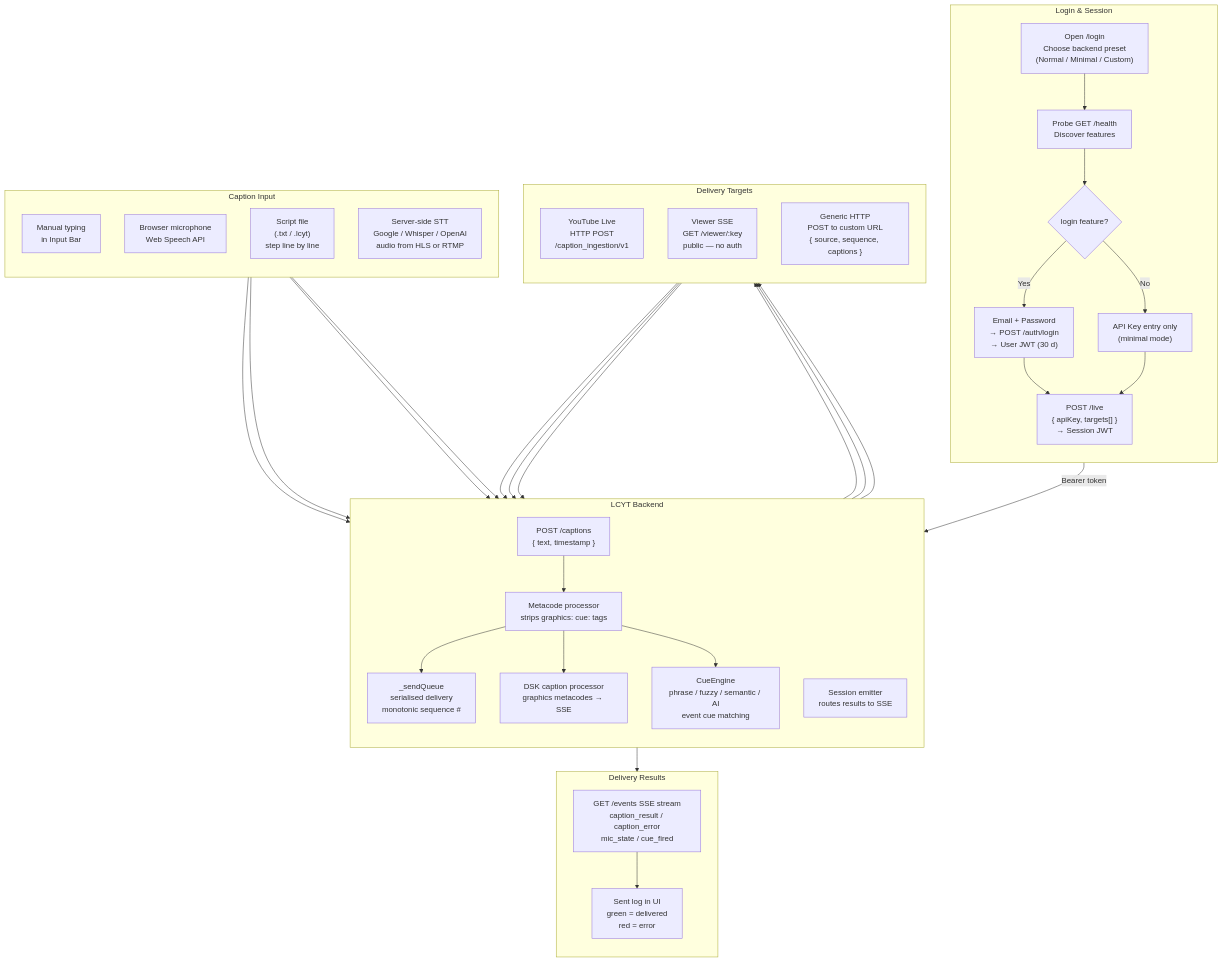
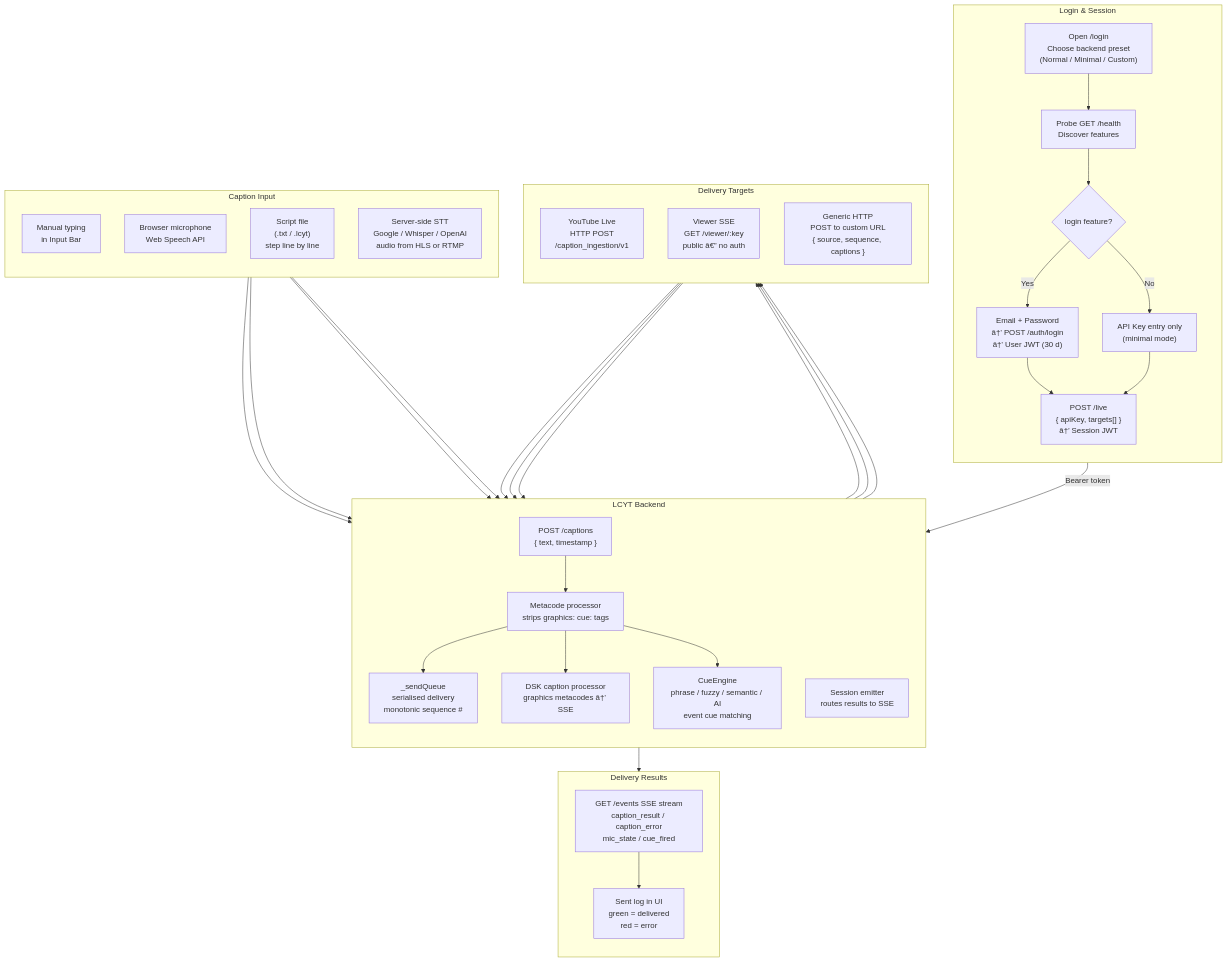
One commit to jsilvanus/live-captions-yt changed the first of 5 diagrams in docs/guide-web/flow.md. Above: the diagram before and after it, drawn with Mermaid. The commit also changed other lines of this file and 171 other files, not shown here.

````diff
--- a/docs/guide-web/flow.md
+++ b/docs/guide-web/flow.md
@@ -14,58 +14,58 @@
 ```mermaid
 flowchart TB
     subgraph Auth["Login & Session"]
         direction TB
         L1["Open /login\nChoose backend preset\n(Normal / Minimal / Custom)"]
         L2["Probe GET /health\nDiscover features"]
         L3{"login feature?"}
-        L4["Email + Password\n→ POST /auth/login\n→ User JWT (30 d)"]
+        L4["Email + Password\nâ†’ POST /auth/login\nâ†’ User JWT (30 d)"]
         L5["API Key entry only\n(minimal mode)"]
-        L6["POST /live\n{ apiKey, targets[] }\n→ Session JWT"]
+        L6["POST /live\n{ apiKey, targets[] }\nâ†’ Session JWT"]
     end
 
     subgraph Input["Caption Input"]
         direction TB
         I1["Manual typing\nin Input Bar"]
         I2["Browser microphone\nWeb Speech API"]
         I3["Script file\n(.txt / .lcyt)\nstep line by line"]
         I4["Server-side STT\nGoogle / Whisper / OpenAI\naudio from HLS or RTMP"]
     end
 
     subgraph Backend["LCYT Backend"]
         direction TB
         B1["POST /captions\n{ text, timestamp }"]
         B2["Metacode processor\nstrips graphics: cue: tags"]
         B3["_sendQueue\nserialised delivery\nmonotonic sequence #"]
         B4["CueEngine\nphrase / fuzzy / semantic / AI\nevent cue matching"]
-        B5["DSK caption processor\ngraphics metacodes → SSE"]
+        B5["DSK caption processor\ngraphics metacodes â†’ SSE"]
         B6["Session emitter\nroutes results to SSE"]
     end
 
     subgraph Targets["Delivery Targets"]
         direction TB
         T1["YouTube Live\nHTTP POST\n/caption_ingestion/v1"]
-        T2["Viewer SSE\nGET /viewer/:key\npublic — no auth"]
+        T2["Viewer SSE\nGET /viewer/:key\npublic â€” no auth"]
         T3["Generic HTTP\nPOST to custom URL\n{ source, sequence, captions }"]
     end
 
     subgraph Results["Delivery Results"]
         direction TB
         R1["GET /events SSE stream\ncaption_result / caption_error\nmic_state / cue_fired"]
         R2["Sent log in UI\ngreen = delivered\nred = error"]
     end
 
     L1 --> L2 --> L3
     L3 -- Yes --> L4 --> L6
     L3 -- No  --> L5 --> L6
 
     I1 & I2 & I3 & I4 --> B1
     L6 -->|Bearer token| B1
 
     B1 --> B2
     B2 --> B3
     B2 --> B5
     B2 --> B4
     B3 --> T1 & T2 & T3
     T1 & T2 & T3 --> B6
     B6 --> R1 --> R2
 ```
````
